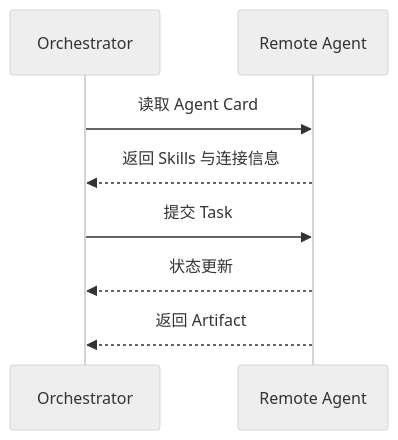
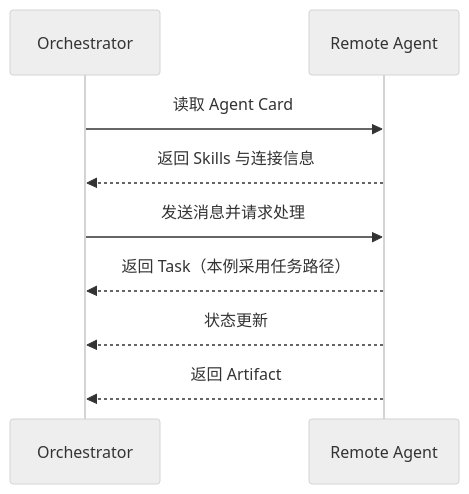
Diagram 13 of 19 in docs/agent/04-multi-agent/09-single-vs-multi-agent.md (oneleaveknowsthefall/awesome-ai-roadmap), drawn with Mermaid (neutral theme) before and after one commit. The commit also changed other lines of this file and 34 other files, not shown here.

````diff
--- a/docs/agent/04-multi-agent/09-single-vs-multi-agent.md
+++ b/docs/agent/04-multi-agent/09-single-vs-multi-agent.md
@@ -670,11 +688,12 @@
 ```mermaid
 sequenceDiagram
     participant O as Orchestrator
     participant R as Remote Agent
 
     O->>R: 读取 Agent Card
     R-->>O: 返回 Skills 与连接信息
-    O->>R: 提交 Task
+    O->>R: 发送消息并请求处理
+    R-->>O: 返回 Task（本例采用任务路径）
     R-->>O: 状态更新
     R-->>O: 返回 Artifact
 ```
````
